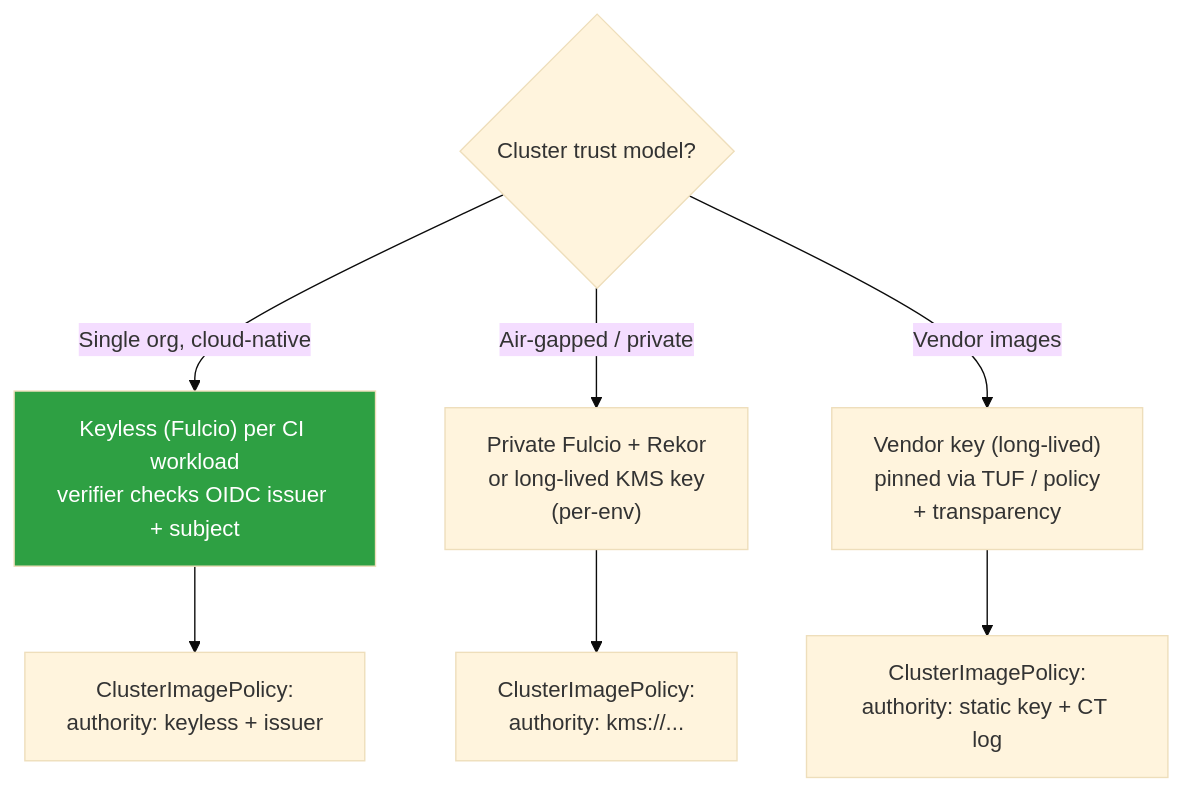
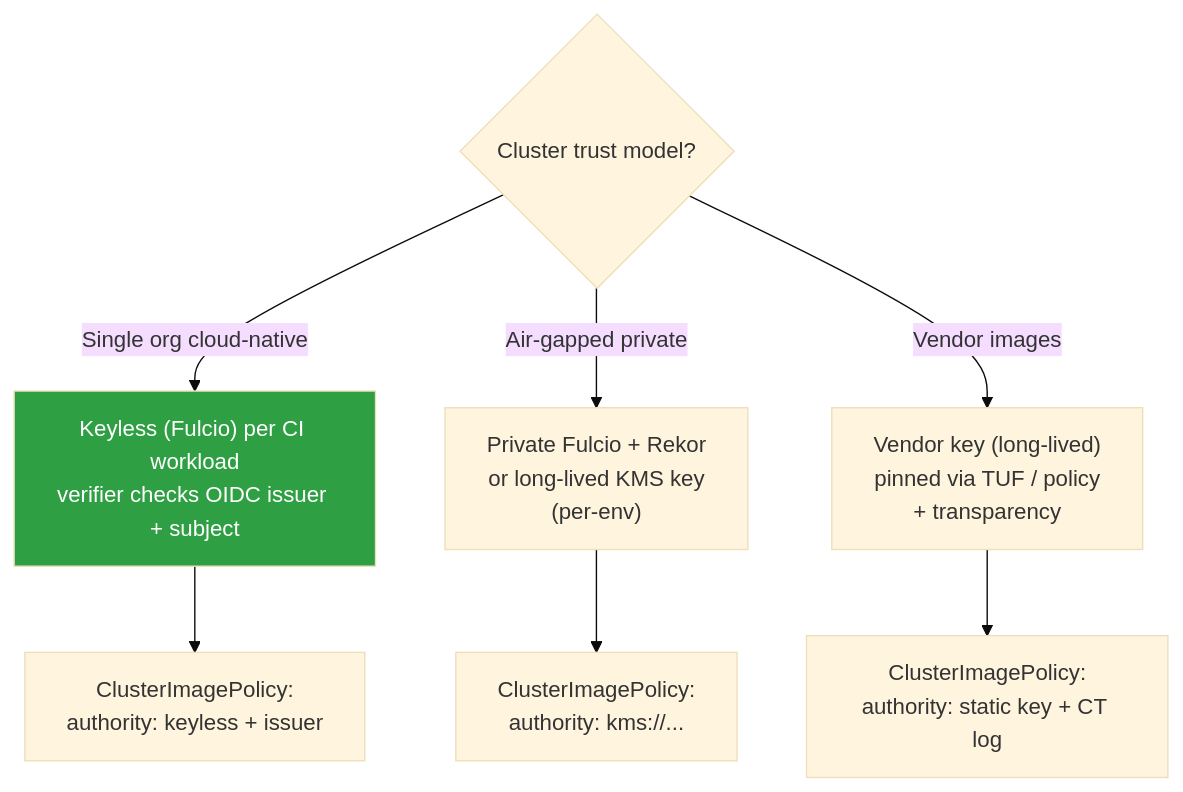
One commit to bumbsclaw/textbooks changed the sixth of 7 diagrams in book-06-cloud-native/ch05-image-signing-k8s.md. Above: the diagram before and after it, drawn with Mermaid (base theme). The commit also changed other lines of this file and 173 other files, not shown here.

First line of the commit message:
fix(mermaid): close note brackets, semicolons in Notes, stateDiagram br -> dash, edge parens

````diff
--- a/book-06-cloud-native/ch05-image-signing-k8s.md
+++ b/book-06-cloud-native/ch05-image-signing-k8s.md
@@ -705,11 +705,11 @@
 ```mermaid
 flowchart TD
   Q{"Cluster trust model?"}
-  Q -->|Single org, cloud-native| A1["Keyless (Fulcio) per CI workload<br/>verifier checks OIDC issuer + subject"]
-  Q -->|Air-gapped / private| A2["Private Fulcio + Rekor<br/>or long-lived KMS key<br/>(per-env)"]
+  Q -->|Single org cloud-native| A1["Keyless (Fulcio) per CI workload<br/>verifier checks OIDC issuer + subject"]
+  Q -->|Air-gapped private| A2["Private Fulcio + Rekor<br/>or long-lived KMS key<br/>(per-env)"]
   Q -->|Vendor images| A3["Vendor key (long-lived)<br/>pinned via TUF / policy<br/>+ transparency"]
   A1 --> POL["ClusterImagePolicy:<br/>authority: keyless + issuer"]
   A2 --> POL2["ClusterImagePolicy:<br/>authority: kms://..."]
   A3 --> POL3["ClusterImagePolicy:<br/>authority: static key + CT log"]
   style A1 fill:#2ea043,color:#fff
 ```
````
